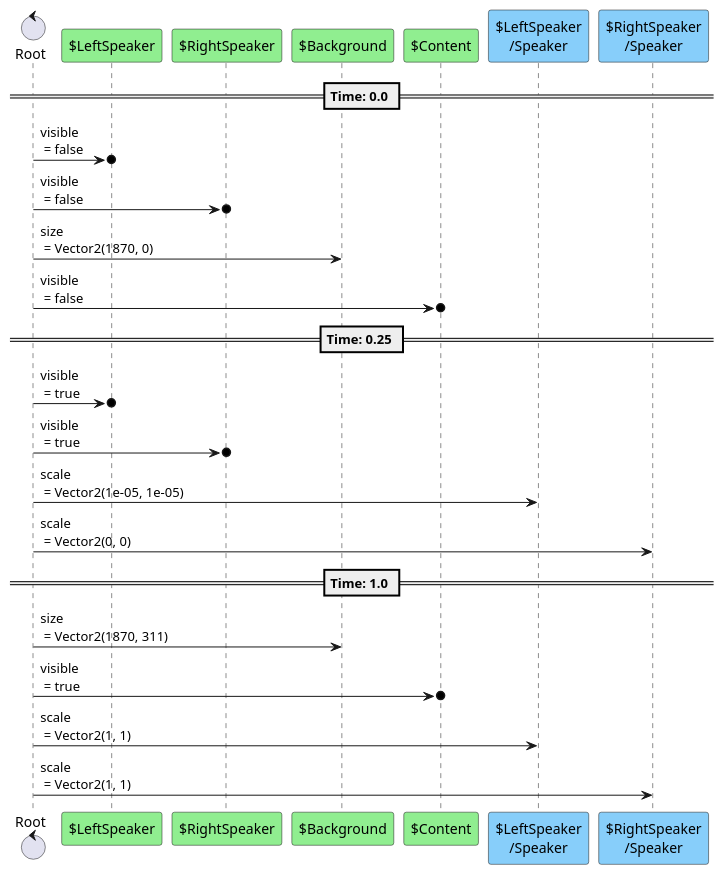
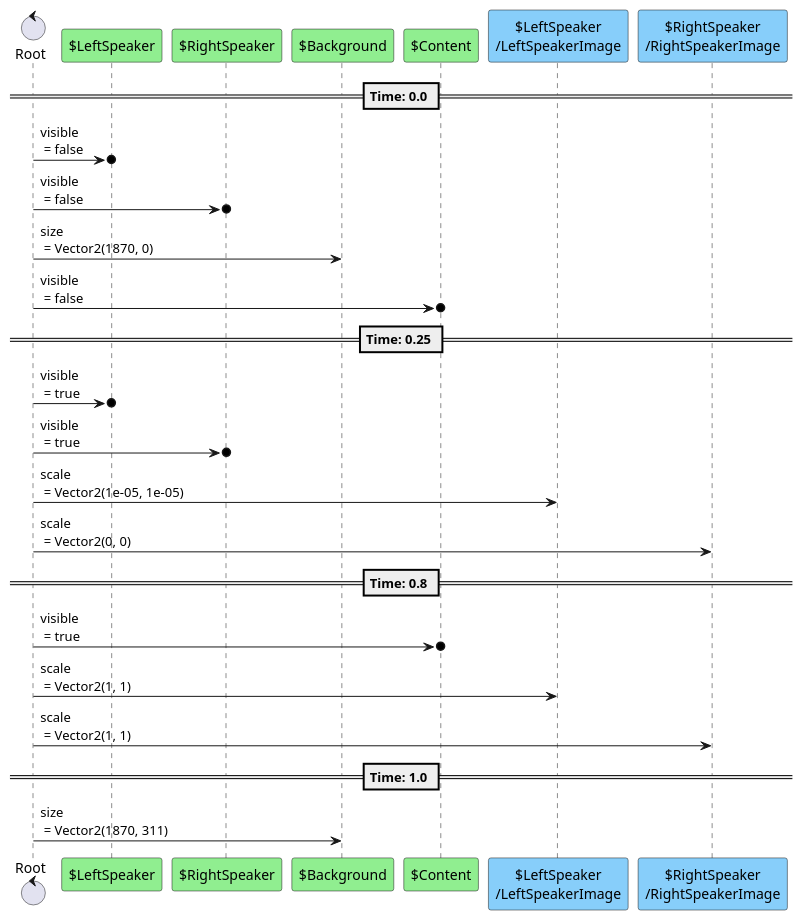
One commit to tkmfujise/Platformer-Game-Learning changed the second of 5 diagrams in content/scenes/src/dialogue/dialogue.tscn.adoc. Above: the diagram before and after it, drawn with PlantUML. The commit also changed other lines of this file and 201 other files, not shown here.

```diff
--- a/content/scenes/src/dialogue/dialogue.tscn.adoc
+++ b/content/scenes/src/dialogue/dialogue.tscn.adoc
@@ -92,30 +114,31 @@
 [plantuml]
 ....
 control "Root" as R
 participant "$LeftSpeaker" as T0 #90EE90
 participant "$RightSpeaker" as T1 #90EE90
 participant "$Background" as T2 #90EE90
 participant "$Content" as T3 #90EE90
-participant "$LeftSpeaker\n/Speaker" as T4 #87CEFA
-participant "$RightSpeaker\n/Speaker" as T5 #87CEFA
+participant "$LeftSpeaker\n/LeftSpeakerImage" as T4 #87CEFA
+participant "$RightSpeaker\n/RightSpeakerImage" as T5 #87CEFA
 
 
 
 == Time: 0.0 ==
 R  ->o  T0 : visible\n = false
 R  ->o  T1 : visible\n = false
 R  ->  T2 : size\n = Vector2(1870, 0)
 R  ->o  T3 : visible\n = false
 == Time: 0.25 ==
 R  ->o  T0 : visible\n = true
 R  ->o  T1 : visible\n = true
 R  ->  T4 : scale\n = Vector2(1e-05, 1e-05)
 R  ->  T5 : scale\n = Vector2(0, 0)
-== Time: 1.0 ==
-R  ->  T2 : size\n = Vector2(1870, 311)
+== Time: 0.8 ==
 R  ->o  T3 : visible\n = true
 R  ->  T4 : scale\n = Vector2(1, 1)
 R  ->  T5 : scale\n = Vector2(1, 1)
+== Time: 1.0 ==
+R  ->  T2 : size\n = Vector2(1870, 311)
 
 
 ....
```
